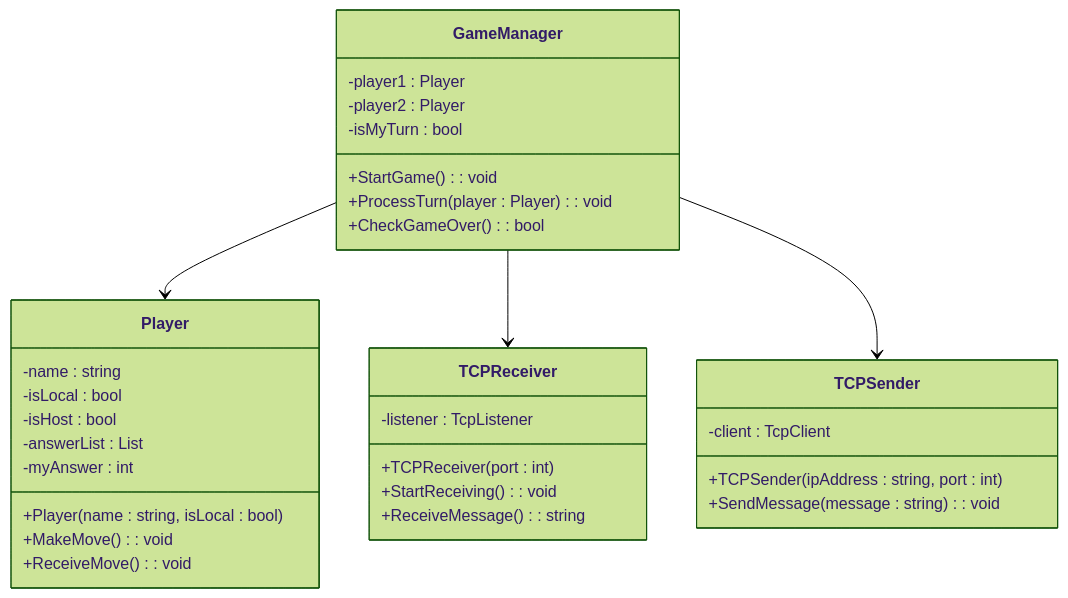
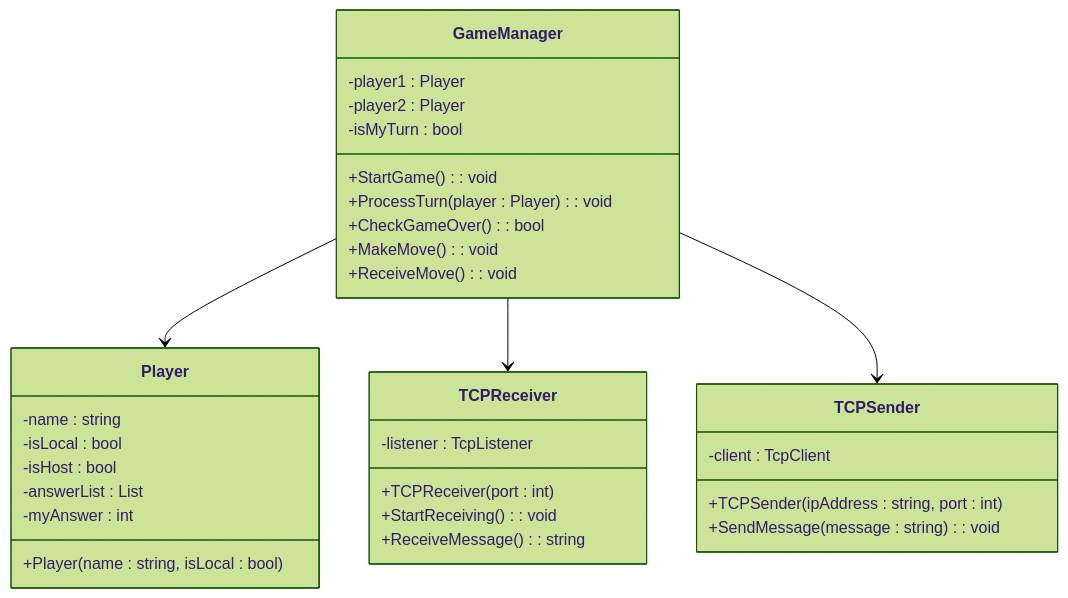
Before and after one commit to sususuzukikento/BattleGame: the diagram in README.md, drawn with Mermaid (forest theme). The commit also changed other lines of this file and 2 other files, not shown here.

````diff
--- a/README.md
+++ b/README.md
@@ -37,39 +37,39 @@
 ```mermaid
 classDiagram
     class GameManager {
         -player1 : Player
         -player2 : Player
         -isMyTurn : bool
         +StartGame() : void
         +ProcessTurn(player : Player) : void
         +CheckGameOver() : bool
+        +MakeMove() : void
+        +ReceiveMove() : void
     }
 
     class TCPReceiver {
         -listener : TcpListener
         +TCPReceiver(port : int)
         +StartReceiving() : void
         +ReceiveMessage() : string
     }
 
     class TCPSender {
         -client : TcpClient
         +TCPSender(ipAddress : string, port : int)
         +SendMessage(message : string) : void
     }
 
     class Player {
         -name : string
         -isLocal : bool
         -isHost : bool
         -answerList : List<int>
         -myAnswer : int
         +Player(name : string, isLocal : bool)
-        +MakeMove() : void
-        +ReceiveMove() : void
     }
 
     GameManager --> Player
     GameManager --> TCPReceiver
     GameManager --> TCPSender
 ```
````
